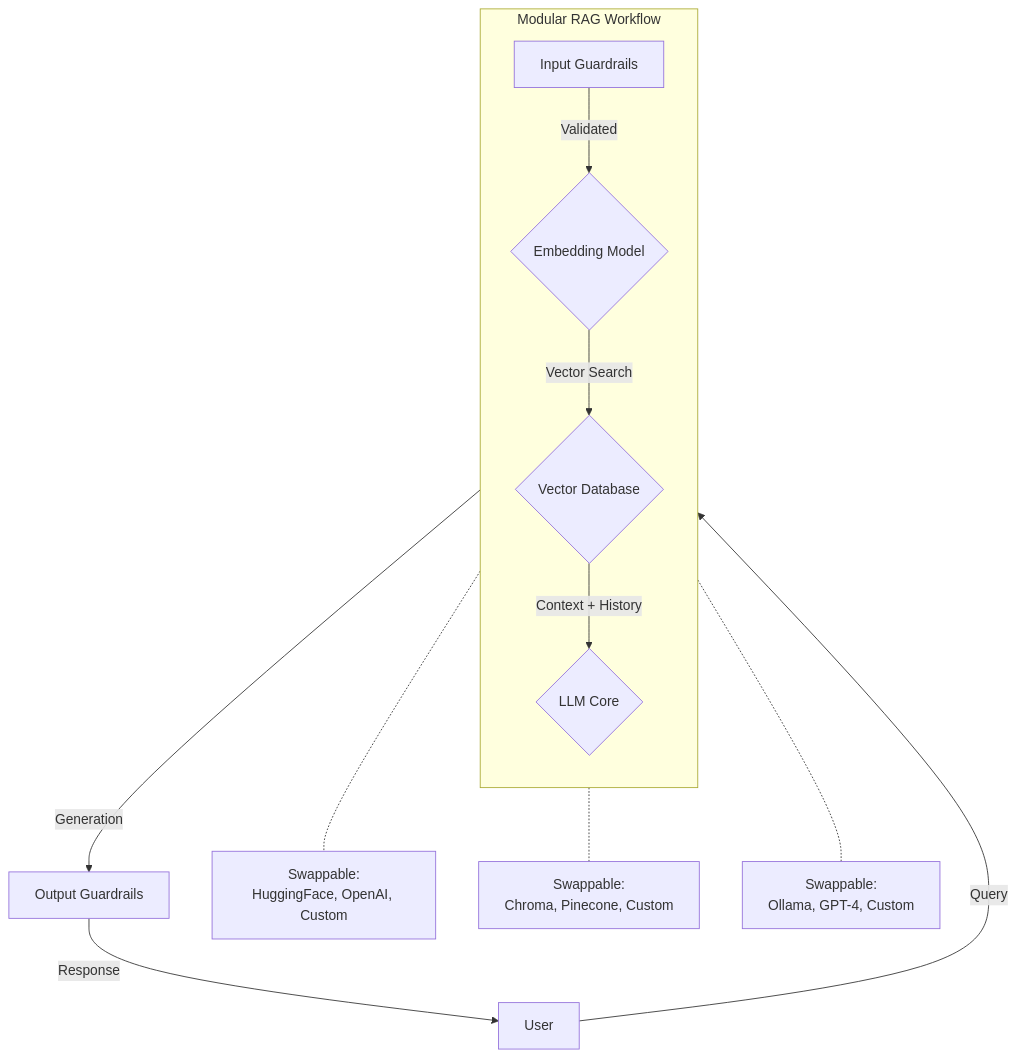
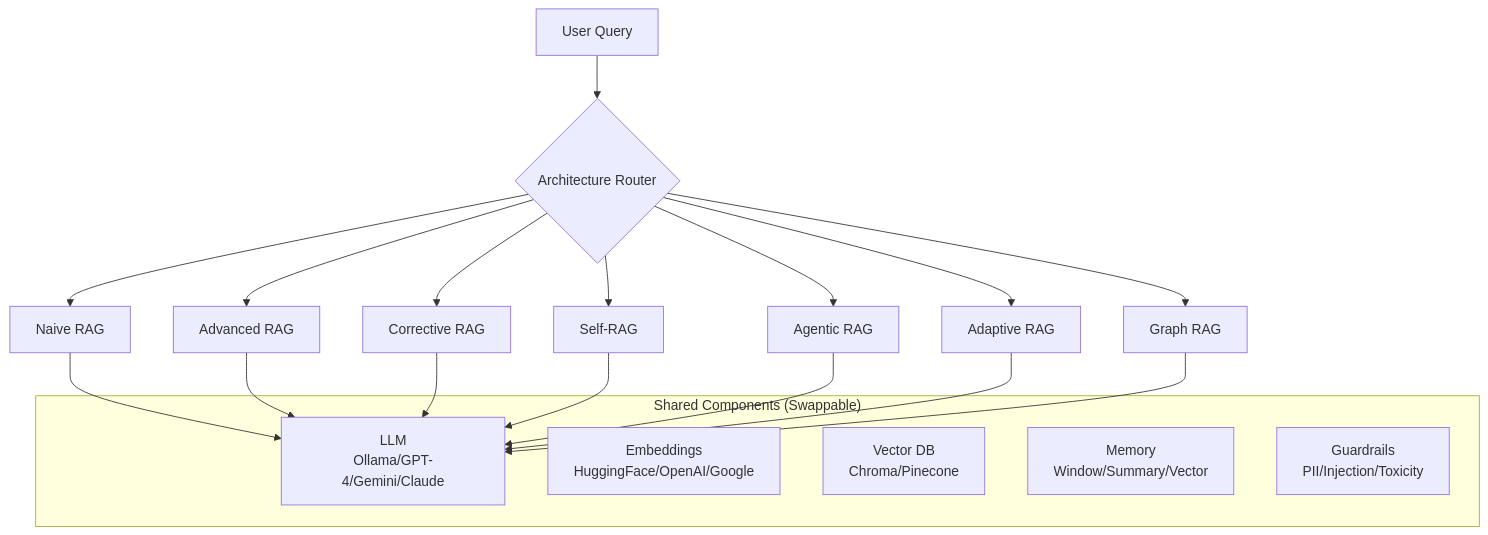
The first of 8 diagrams in README.md (vk2git/ModularRAG), drawn with Mermaid before and after one commit. The commit also changed other lines of this file and 41 other files, not shown here.

Commit message:
added more RAG Architectures

````diff
--- a/README.md
+++ b/README.md
@@ -113,20 +23,28 @@
 ```mermaid
 graph TD
-    User[User] -->|Query| GuardIn[Input Guardrails]
+    User[User Query] --> Router{Architecture Router}
     
-    subgraph "Modular RAG Workflow"
-        direction TB
-        GuardIn -->|Validated| Embed{Embedding Model}
-        Embed -->|Vector Search| VDB{Vector Database}
-        VDB -->|Context + History| LLM{LLM Core}
+    Router --> Naive[Naive RAG]
+    Router --> Advanced[Advanced RAG]
+    Router --> CRAG[Corrective RAG]
+    Router --> SelfRAG[Self-RAG]
+    Router --> Agentic[Agentic RAG]
+    Router --> Adaptive[Adaptive RAG]
+    Router --> GraphRAG[Graph RAG]
+
+    subgraph "Shared Components (Swappable)"
+        LLM[LLM<br/>Ollama/GPT-4/Gemini/Claude]
+        Embed[Embeddings<br/>HuggingFace/OpenAI/Google]
+        VDB[Vector DB<br/>Chroma/Pinecone]
+        Mem[Memory<br/>Window/Summary/Vector]
+        Guard[Guardrails<br/>PII/Injection/Toxicity]
     end
-    
-    LLM -->|Generation| GuardOut[Output Guardrails]
-    GuardOut -->|Response| User
 
-    %% Swappable Annotations
-    Embed -.- E_Note[Swappable:<br/>HuggingFace, OpenAI, Custom]
-    VDB -.- V_Note[Swappable:<br/>Chroma, Pinecone, Custom]
-    LLM -.- L_Note[Swappable:<br/>Ollama, GPT-4, Custom]
-    
+    Naive --> LLM
+    Advanced --> LLM
+    CRAG --> LLM
+    SelfRAG --> LLM
+    Agentic --> LLM
+    Adaptive --> LLM
+    GraphRAG --> LLM
 ```
````
